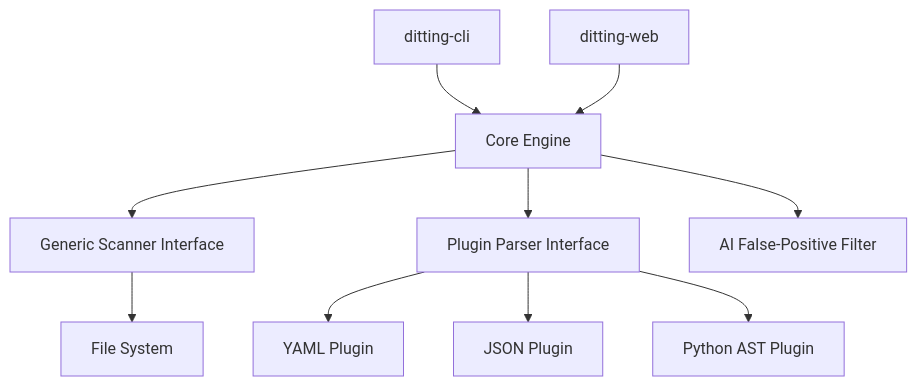
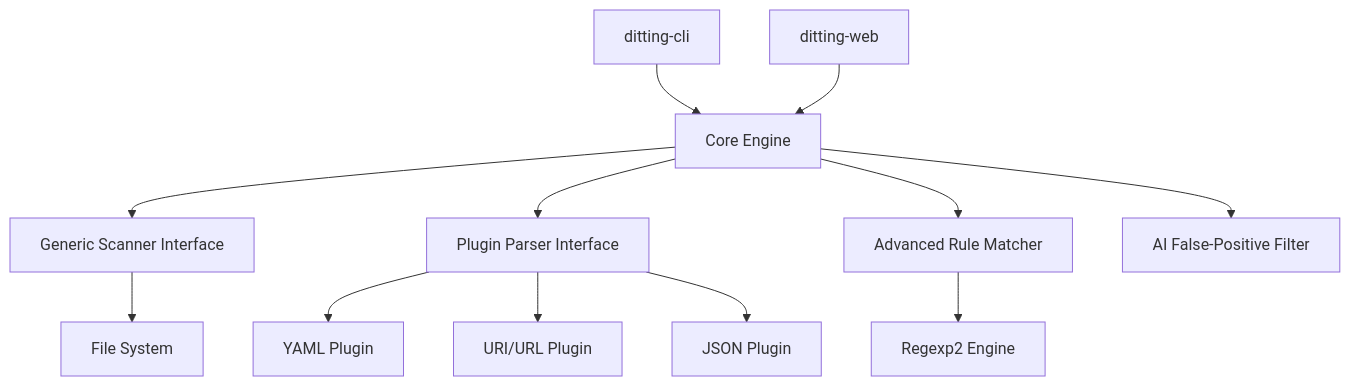
One commit to Yab666/DiTing changed the diagram in README.md. Above: the diagram before and after it, drawn with Mermaid. The commit also changed other lines of this file, not shown here.

````diff
--- a/README.md
+++ b/README.md
@@ -24,12 +24,14 @@
 ```mermaid
 graph TD
     CLI[ditting-cli] --> Engine[Core Engine]
     Web[ditting-web] --> Engine
     Engine --> Scanner[Generic Scanner Interface]
     Engine --> Parser[Plugin Parser Interface]
     Scanner --> OS[File System]
     Parser --> YAML[YAML Plugin]
+    Parser --> URI[URI/URL Plugin]
     Parser --> JSON[JSON Plugin]
-    Parser --> PyAST[Python AST Plugin]
+    Engine --> Matcher[Advanced Rule Matcher]
+    Matcher --> Regexp2[Regexp2 Engine]
     Engine --> AI[AI False-Positive Filter]
 ```
````
